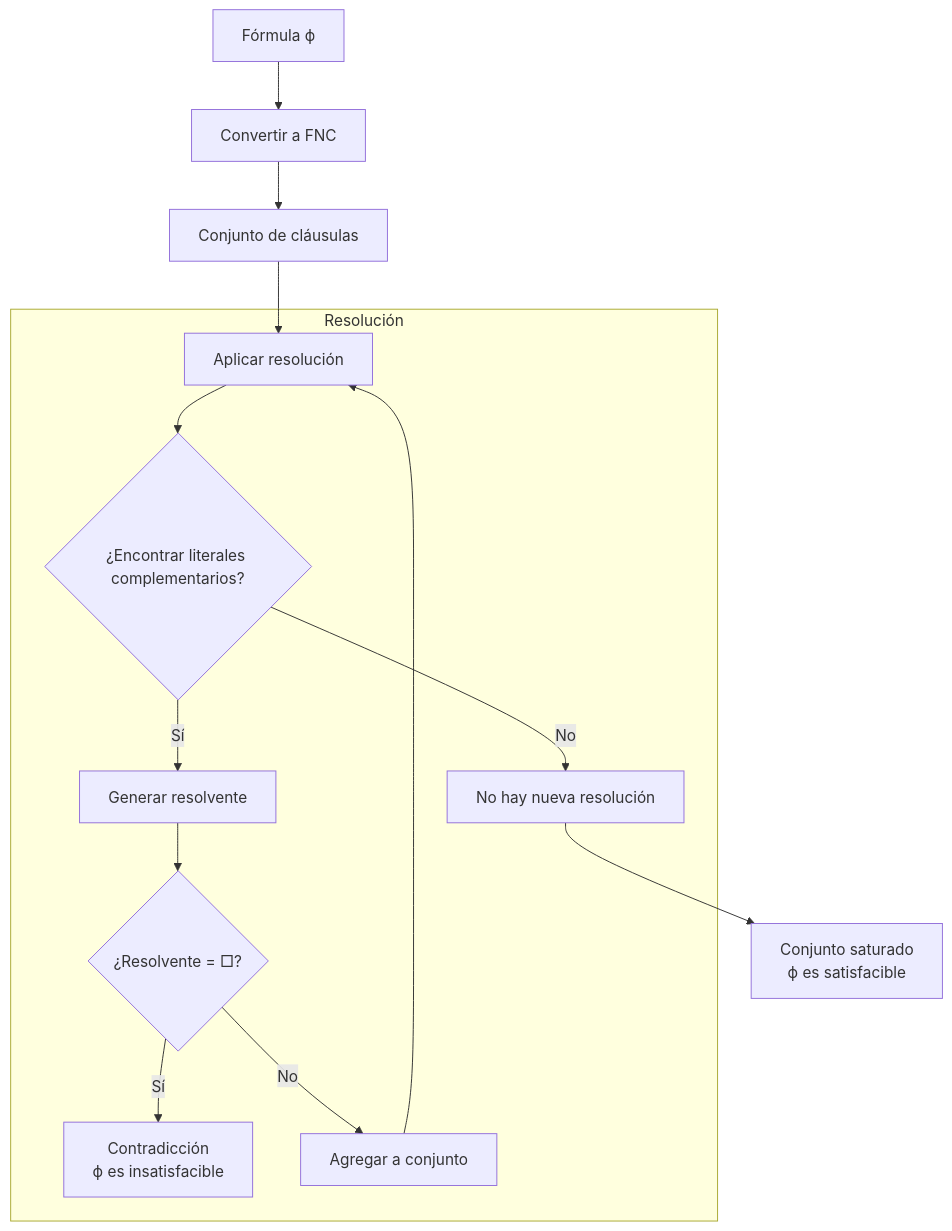
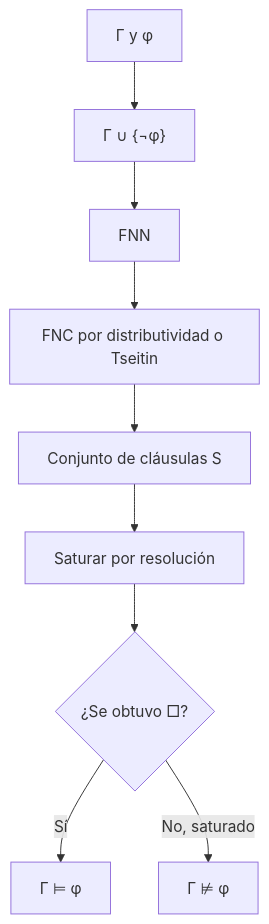
One commit to djaimej/computer-science-template changed the diagram in public/documents/semester-4/2/4226.md. Above: the diagram before and after it, drawn with Mermaid. The commit also changed other lines of this file and 5 other files, not shown here.

````diff
--- a/public/documents/semester-4/2/4226.md
+++ b/public/documents/semester-4/2/4226.md
@@ -170,18 +85,11 @@
 ```mermaid
 flowchart TD
-    A[Fórmula ϕ] --> B[Convertir a FNC]
-    B --> C[Conjunto de cláusulas]
-    C --> D[Aplicar resolución]
-
-    subgraph Resolución
-        D --> E{¿Encontrar literales complementarios?}
-        E -->|Sí| F[Generar resolvente]
-        E -->|No| G[No hay nueva resolución]
-        F --> H{¿Resolvente = □?}
-        H -->|Sí| I[Contradicción<br>ϕ es insatisfacible]
-        H -->|No| J[Agregar a conjunto]
-        J --> D
-    end
-
-    G --> K[Conjunto saturado<br>ϕ es satisfacible]
+    A["Γ y φ"] --> B["Γ ∪ {¬φ}"]
+    B --> C["FNN"]
+    C --> D["FNC por distributividad o Tseitin"]
+    D --> E["Conjunto de cláusulas S"]
+    E --> F["Saturar por resolución"]
+    F --> G{"¿Se obtuvo □?"}
+    G -->|Sí| H["Γ ⊨ φ"]
+    G -->|"No, saturado"| I["Γ ⊭ φ"]
 ```
````
